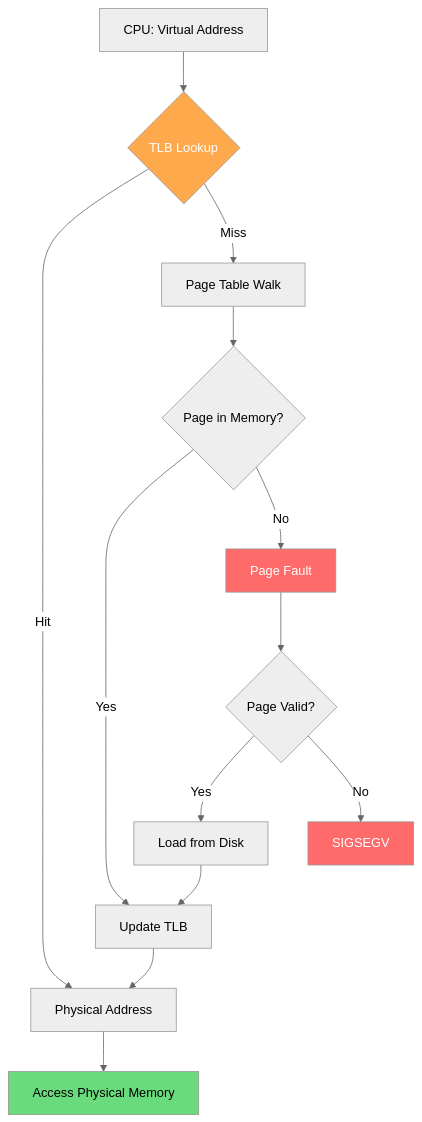
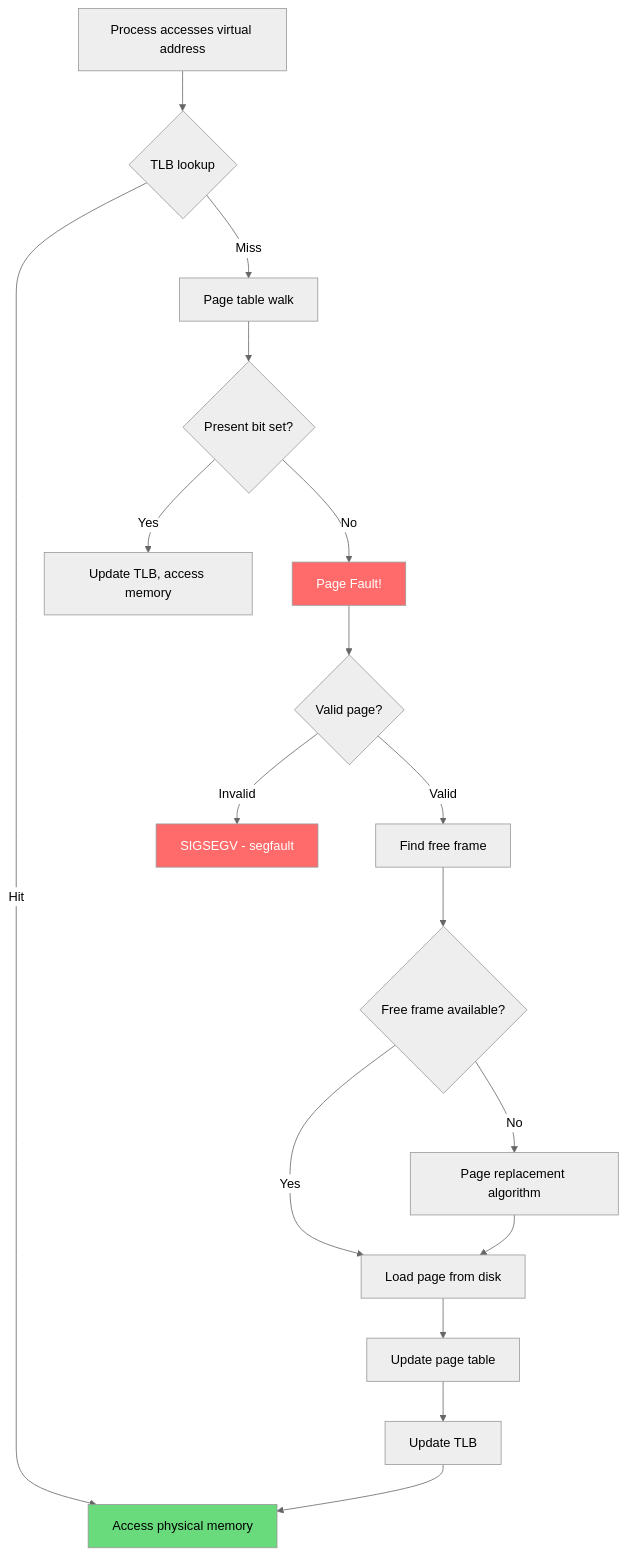
Before and after one commit to vanos001/placement_prep: the fourth of 7 diagrams in src/os/virtual-memory/README.md, drawn with Mermaid (neutral theme). The commit also changed other lines of this file and 31 other files, not shown here.

````diff
--- a/src/os/virtual-memory/README.md
+++ b/src/os/virtual-memory/README.md
@@ -86,21 +257,23 @@
 ```mermaid
 graph TD
-    A["CPU: Virtual Address"] --> B{TLB Lookup}
-    B -->|Hit| C["Physical Address"]
-    B -->|Miss| D["Page Table Walk"]
-    D --> E{Page in Memory?}
-    E -->|Yes| F["Update TLB"]
-    F --> C
-    E -->|No| G["Page Fault"]
-    G --> H{Page Valid?}
-    H -->|Yes| I["Load from Disk"]
-    I --> F
-    H -->|No| J["SIGSEGV"]
+    A[Process accesses virtual address] --> B{TLB lookup}
+    B -->|Hit| C[Access physical memory]
+    B -->|Miss| D[Page table walk]
+    D --> E{Present bit set?}
+    E -->|Yes| F[Update TLB, access memory]
+    E -->|No| G[Page Fault!]
+    G --> H{Valid page?}
+    H -->|Invalid| I[SIGSEGV - segfault]
+    H -->|Valid| J[Find free frame]
+    J --> K{Free frame available?}
+    K -->|Yes| L[Load page from disk]
+    K -->|No| M[Page replacement algorithm]
+    M --> L
+    L --> N[Update page table]
+    N --> O[Update TLB]
+    O --> C
     
-    C --> K["Access Physical Memory"]
-    
-    style B fill:#ffa94d,color:#fff
     style G fill:#ff6b6b,color:#fff
-    style J fill:#ff6b6b,color:#fff
-    style K fill:#69db7c,color:#000
+    style I fill:#ff6b6b,color:#fff
+    style C fill:#69db7c,color:#000
 ```
````
